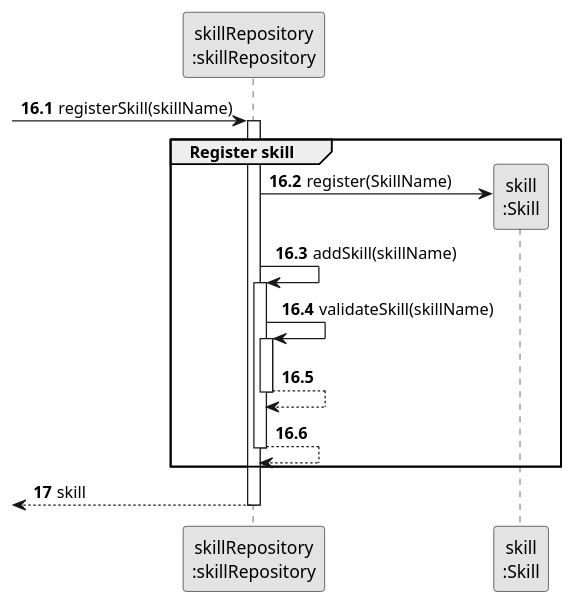
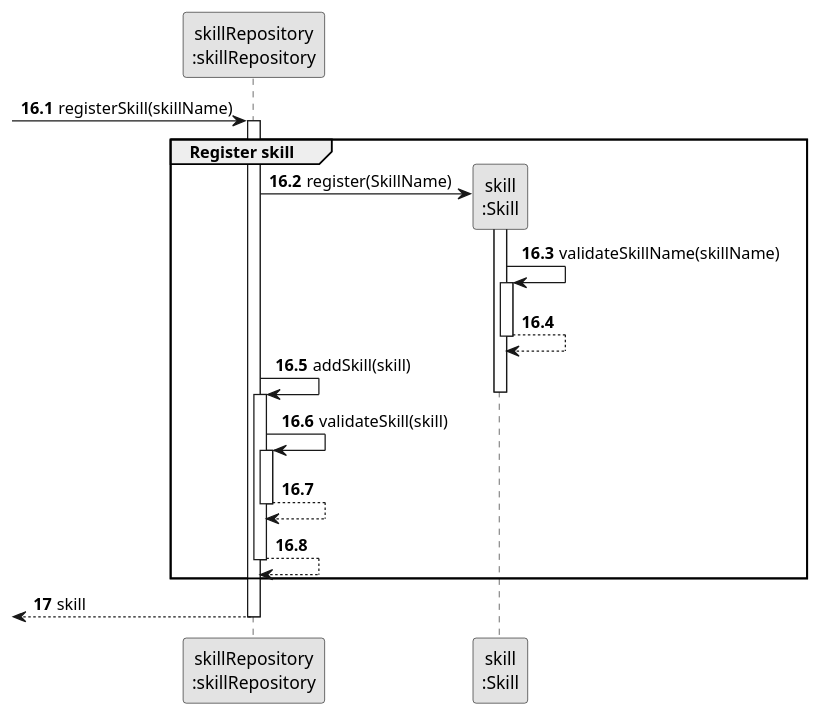
Before and after one commit to SAEmanuel/Green_Spaces_Management_ISEP: the diagram in docs/sprintB/us001/03.design/puml/us001-sequence-diagram-partial-register-skill.puml, drawn with PlantUML. The commit also changed 5 other files, not shown here.

```diff
--- a/docs/sprintB/us001/03.design/puml/us001-sequence-diagram-partial-register-skill.puml
+++ b/docs/sprintB/us001/03.design/puml/us001-sequence-diagram-partial-register-skill.puml
@@ -1,37 +1,44 @@
 @startuml
 skinparam monochrome true
 skinparam packageStyle rectangle
 skinparam shadowing false
 
 participant "skillRepository\n:skillRepository" as ORG
 participant "skill\n:Skill" as EMPREGO
 
 autonumber 16
 
 autonumber 16.1
 
         -> ORG: registerSkill(skillName)
             activate ORG
             group Register skill
         ORG -> EMPREGO** : register(SkillName)
 
+        activate EMPREGO
+            EMPREGO -> EMPREGO : validateSkillName(skillName)
+            activate EMPREGO
 
+                EMPREGO --> EMPREGO
 
+            deactivate EMPREGO
 
-        ORG -> ORG: addSkill(skillName)
+            ORG -> ORG: addSkill(skill)
+        deactivate EMPREGO
+
         activate ORG
-            ORG -> ORG: validateSkill(skillName)
+            ORG -> ORG: validateSkill(skill)
             activate ORG
                 ORG --> ORG
             deactivate ORG
 
             ORG --> ORG
         deactivate ORG
     end
 
     autonumber 17
     <-- ORG : skill
 deactivate ORG
 
 
 @enduml
```
